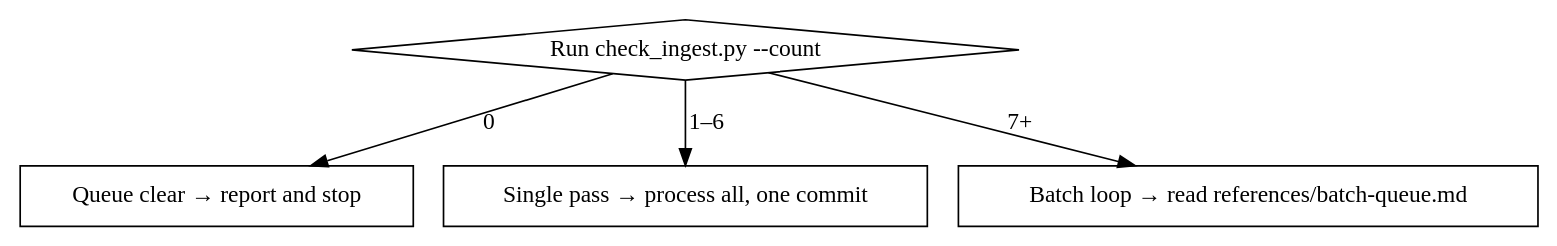
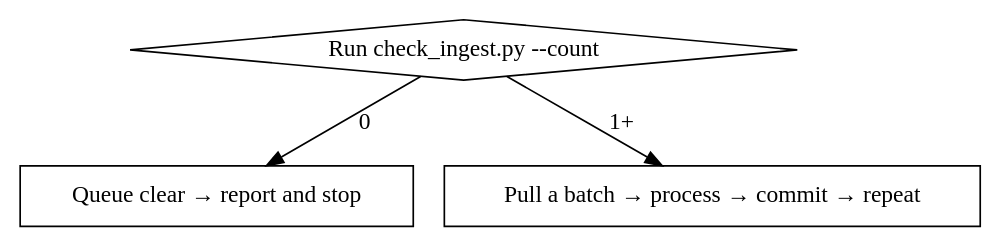
The diagram in .claude/skills/ttrpg-wiki-ingest/SKILL.md (Thedougler/shattered-sea-wiki), drawn with Graphviz before and after one commit. The commit also changed other lines of this file and 3 other files, not shown here.

First line of the commit message:
feat: token-aware dynamic batching for ingest queue

````diff
--- a/.claude/skills/ttrpg-wiki-ingest/SKILL.md
+++ b/.claude/skills/ttrpg-wiki-ingest/SKILL.md
@@ -41,12 +41,10 @@
 ```dot
 digraph route {
-  "count = 0" [shape=box, label="Queue clear → report and stop"];
-  "count 1–6" [shape=box, label="Single pass → process all, one commit"];
-  "count 7+" [shape=box, label="Batch loop → read references/batch-queue.md"];
+  "0" [shape=box, label="Queue clear → report and stop"];
+  "1+" [shape=box, label="Pull a batch → process → commit → repeat"];
   "Run check_ingest.py --count" [shape=diamond];
 
-  "Run check_ingest.py --count" -> "count = 0" [label="0"];
-  "Run check_ingest.py --count" -> "count 1–6" [label="1–6"];
-  "Run check_ingest.py --count" -> "count 7+" [label="7+"];
+  "Run check_ingest.py --count" -> "0" [label="0"];
+  "Run check_ingest.py --count" -> "1+" [label="1+"];
 }
 ```
````
